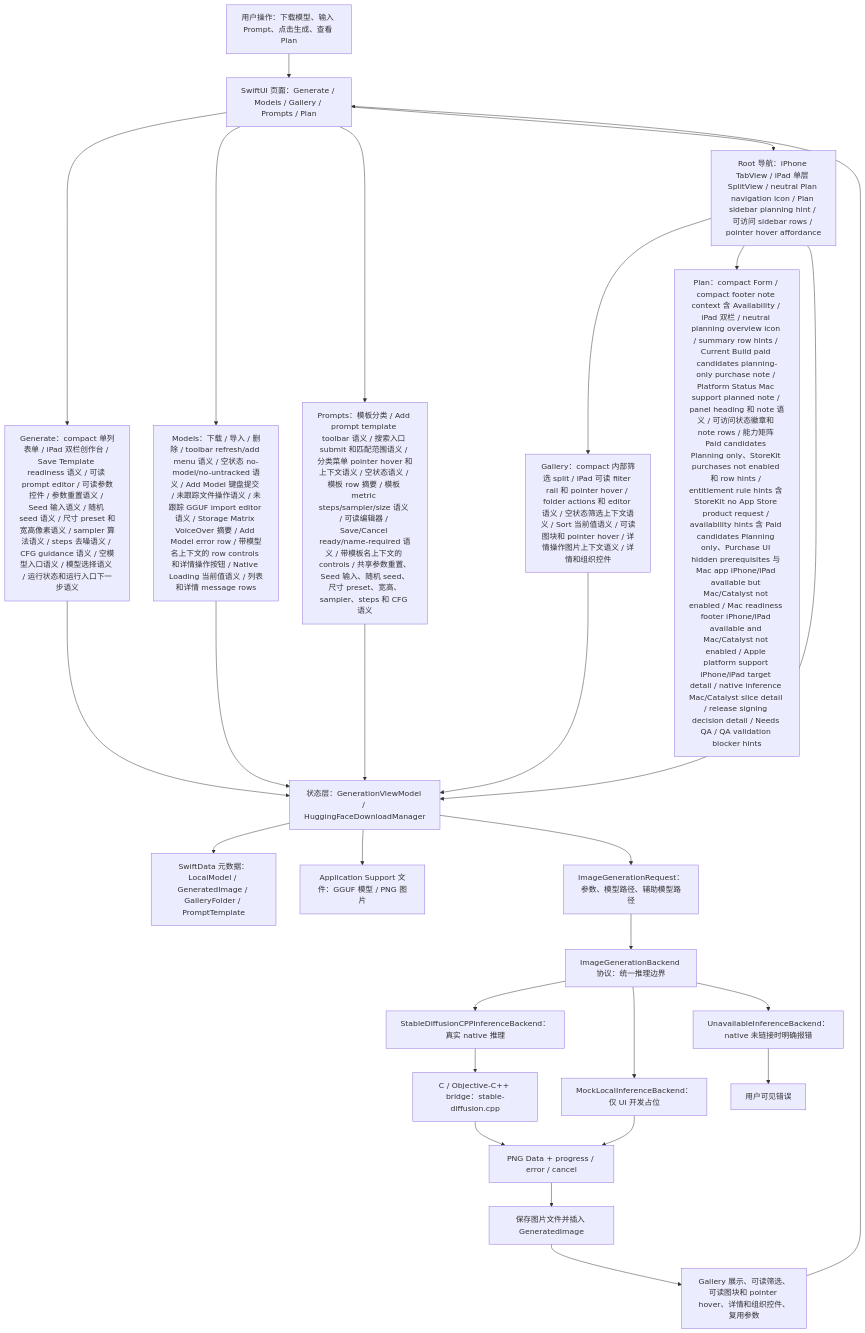
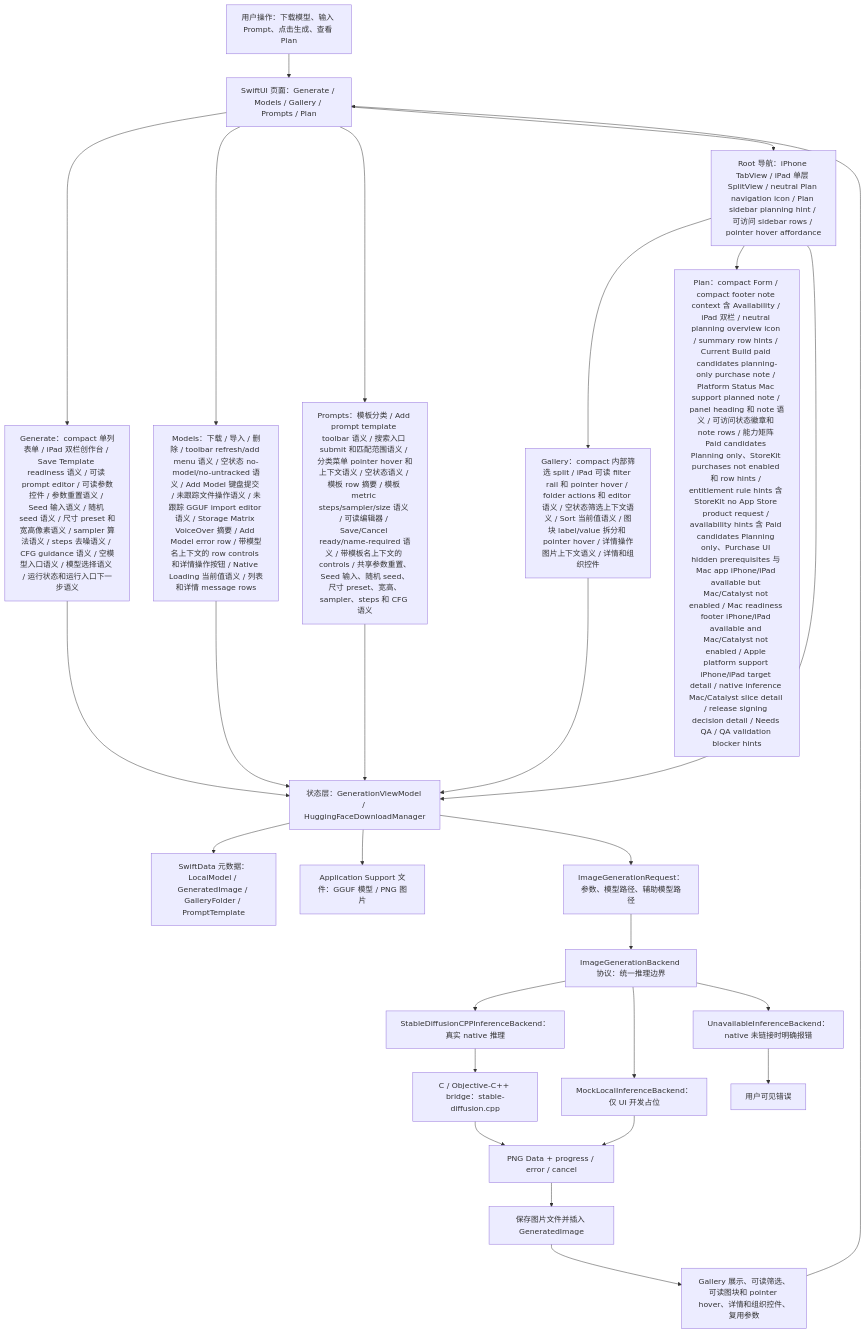
One commit to Altman-sam114/118 changed the first of 7 diagrams in md/flow/flowchart.md. Above: the diagram before and after it, drawn with Mermaid. The commit also changed 5 other files, not shown here.

First line of the commit message:
v1.91: Gallery tile accessibility split

````diff
--- a/md/flow/flowchart.md
+++ b/md/flow/flowchart.md
@@ -9,29 +9,29 @@
 ```mermaid
 flowchart TD
   U["用户操作：下载模型、输入 Prompt、点击生成、查看 Plan"] --> UI["SwiftUI 页面：Generate / Models / Gallery / Prompts / Plan"]
   UI --> GENUI["Generate：compact 单列表单 / iPad 双栏创作台 / Save Template readiness 语义 / 可读 prompt editor / 可读参数控件 / 参数重置语义 / Seed 输入语义 / 随机 seed 语义 / 尺寸 preset 和宽高像素语义 / sampler 算法语义 / steps 去噪语义 / CFG guidance 语义 / 空模型入口语义 / 模型选择语义 / 运行状态和运行入口下一步语义"]
   UI --> MODELUI["Models：下载 / 导入 / 删除 / toolbar refresh/add menu 语义 / 空状态 no-model/no-untracked 语义 / Add Model 键盘提交 / 未跟踪文件操作语义 / 未跟踪 GGUF import editor 语义 / Storage Matrix VoiceOver 摘要 / Add Model error row / 带模型名上下文的 row controls 和详情操作按钮 / Native Loading 当前值语义 / 列表和详情 message rows"]
   UI --> PROMPTUI["Prompts：模板分类 / Add prompt template toolbar 语义 / 搜索入口 submit 和匹配范围语义 / 分类菜单 pointer hover 和上下文语义 / 空状态语义 / 模板 row 摘要 / 模板 metric steps/sampler/size 语义 / 可读编辑器 / Save/Cancel ready/name-required 语义 / 带模板名上下文的 controls / 共享参数重置、Seed 输入、随机 seed、尺寸 preset、宽高、sampler、steps 和 CFG 语义"]
   UI --> NAV["Root 导航：iPhone TabView / iPad 单层 SplitView / neutral Plan navigation icon / Plan sidebar planning hint / 可访问 sidebar rows / pointer hover affordance"]
-  NAV --> GALUI["Gallery：compact 内部筛选 split / iPad 可读 filter rail 和 pointer hover / folder actions 和 editor 语义 / 空状态筛选上下文语义 / Sort 当前值语义 / 可读图块和 pointer hover / 详情操作图片上下文语义 / 详情和组织控件"]
+  NAV --> GALUI["Gallery：compact 内部筛选 split / iPad 可读 filter rail 和 pointer hover / folder actions 和 editor 语义 / 空状态筛选上下文语义 / Sort 当前值语义 / 图块 label/value 拆分和 pointer hover / 详情操作图片上下文语义 / 详情和组织控件"]
   NAV --> PLANUI["Plan：compact Form / compact footer note context 含 Availability / iPad 双栏 / neutral planning overview icon / summary row hints / Current Build paid candidates planning-only purchase note / Platform Status Mac support planned note / panel heading 和 note 语义 / 可访问状态徽章和 note rows / 能力矩阵 Paid candidates Planning only、StoreKit purchases not enabled 和 row hints / entitlement rule hints 含 StoreKit no App Store product request / availability hints 含 Paid candidates Planning only、Purchase UI hidden prerequisites 与 Mac app iPhone/iPad available but Mac/Catalyst not enabled / Mac readiness footer iPhone/iPad available and Mac/Catalyst not enabled / Apple platform support iPhone/iPad target detail / native inference Mac/Catalyst slice detail / release signing decision detail / Needs QA / QA validation blocker hints"]
   NAV --> VM["状态层：GenerationViewModel / HuggingFaceDownloadManager"]
   GENUI --> VM
   MODELUI --> VM
   PROMPTUI --> VM
   GALUI --> VM
   VM --> SD["SwiftData 元数据：LocalModel / GeneratedImage / GalleryFolder / PromptTemplate"]
   VM --> FS["Application Support 文件：GGUF 模型 / PNG 图片"]
   VM --> REQ["ImageGenerationRequest：参数、模型路径、辅助模型路径"]
   REQ --> IFACE["ImageGenerationBackend 协议：统一推理边界"]
   IFACE --> NATIVE["StableDiffusionCPPInferenceBackend：真实 native 推理"]
   IFACE --> MOCK["MockLocalInferenceBackend：仅 UI 开发占位"]
   IFACE --> OFF["UnavailableInferenceBackend：native 未链接时明确报错"]
   NATIVE --> BRIDGE["C / Objective-C++ bridge：stable-diffusion.cpp"]
   BRIDGE --> PNG["PNG Data + progress / error / cancel"]
   MOCK --> PNG
   OFF --> ERR["用户可见错误"]
   PNG --> SAVE["保存图片文件并插入 GeneratedImage"]
   SAVE --> GALLERY["Gallery 展示、可读筛选、可读图块和 pointer hover、详情和组织控件、复用参数"]
   GALLERY --> UI
 ```
````
